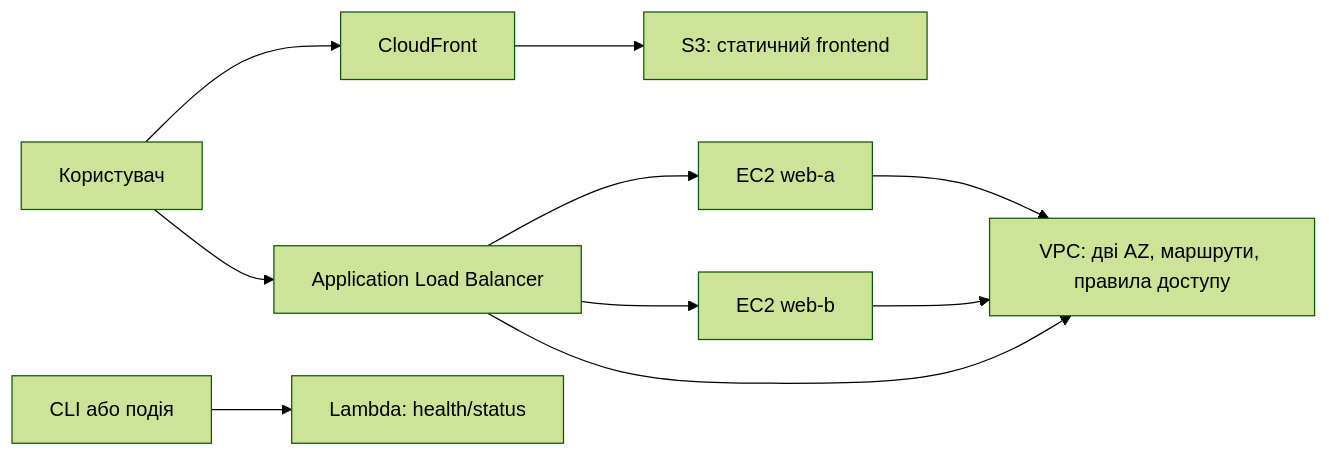
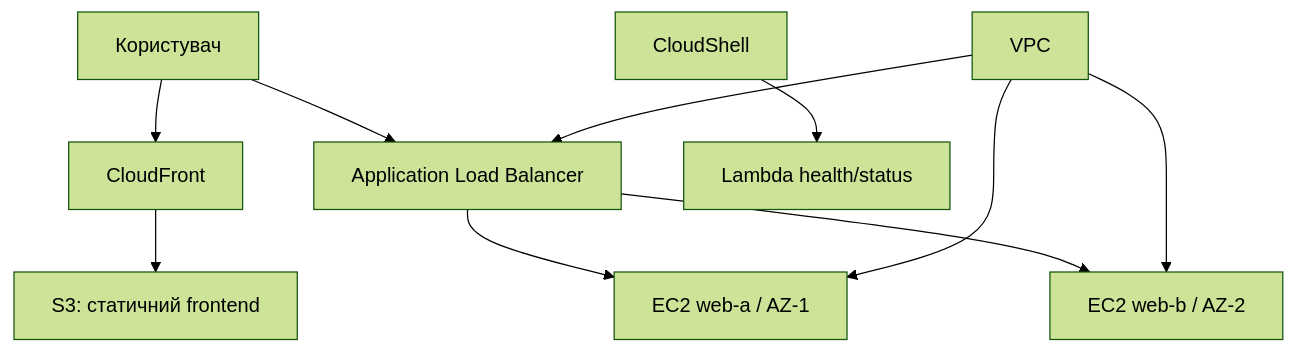
One commit to rossogamata/tasp243 changed the diagram in README.md. Above: the diagram before and after it, drawn with Mermaid (forest theme). The commit also changed other lines of this file and 6 other files, not shown here.

````diff
--- a/README.md
+++ b/README.md
@@ -15,12 +9,12 @@
 ```mermaid
-flowchart LR
-    User[Користувач] --> CDN[CloudFront]
-    CDN --> S3[S3: статичний frontend]
+flowchart TB
+    User[Користувач] --> CF[CloudFront]
+    CF --> S3[S3: статичний frontend]
     User --> ALB[Application Load Balancer]
-    ALB --> WebA[EC2 web-a]
-    ALB --> WebB[EC2 web-b]
-    Event[CLI або подія] --> Lambda[Lambda: health/status]
-    WebA --> VPC[VPC: дві AZ, маршрути, правила доступу]
-    WebB --> VPC
-    ALB --> VPC
+    ALB --> A[EC2 web-a / AZ-1]
+    ALB --> B[EC2 web-b / AZ-2]
+    CLI[CloudShell] --> Lambda[Lambda health/status]
+    VPC[VPC] --> A
+    VPC --> B
+    VPC --> ALB
 ```
````
